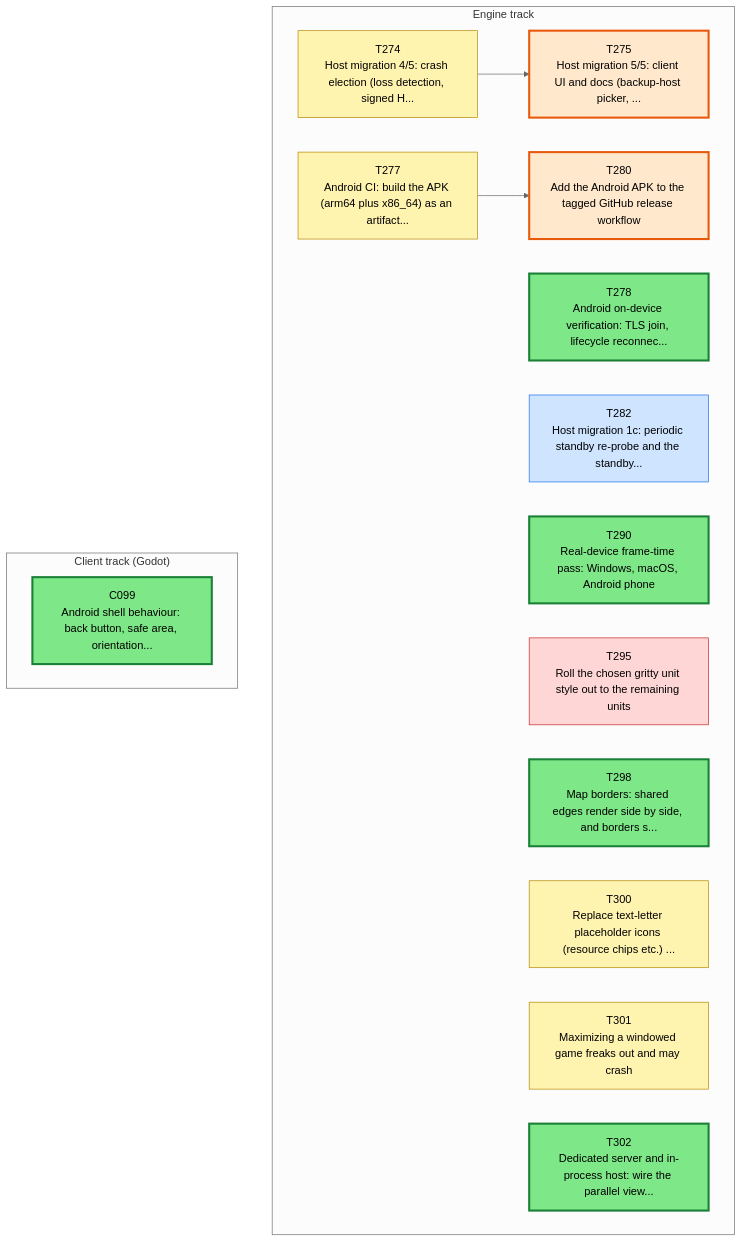
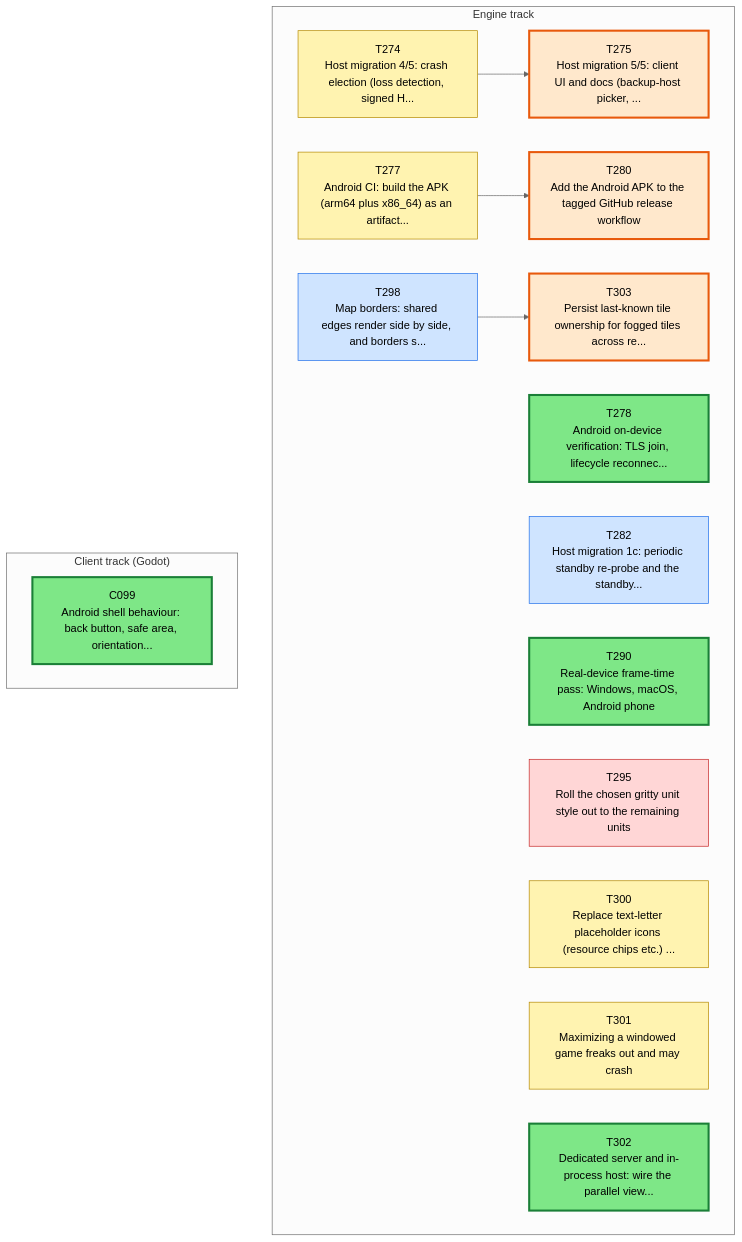
The first of 3 diagrams in csharp/migration/DEPENDENCY_MAP.md (Kenmura/Unciv), drawn with Mermaid (neutral theme) before and after one commit. The commit also changed other lines of this file, not shown here.

````diff
--- a/csharp/migration/DEPENDENCY_MAP.md
+++ b/csharp/migration/DEPENDENCY_MAP.md
@@ -35,42 +35,45 @@
 ```mermaid
 flowchart TD
   subgraph TTRACK["Engine track"]
     T274["T274<br/>Host migration 4/5: crash election (loss detection, signed H..."]
     T275["T275<br/>Host migration 5/5: client UI and docs (backup-host picker, ..."]
     T277["T277<br/>Android CI: build the APK (arm64 plus x86_64) as an artifact..."]
     T278["T278<br/>Android on-device verification: TLS join, lifecycle reconnec..."]
     T280["T280<br/>Add the Android APK to the tagged GitHub release workflow"]
     T282["T282<br/>Host migration 1c: periodic standby re-probe and the standby..."]
     T290["T290<br/>Real-device frame-time pass: Windows, macOS, Android phone"]
     T295["T295<br/>Roll the chosen gritty unit style out to the remaining units"]
     T298["T298<br/>Map borders: shared edges render side by side, and borders s..."]
     T300["T300<br/>Replace text-letter placeholder icons (resource chips etc.) ..."]
     T301["T301<br/>Maximizing a windowed game freaks out and may crash"]
     T302["T302<br/>Dedicated server and in-process host: wire the parallel view..."]
+    T303["T303<br/>Persist last-known tile ownership for fogged tiles across re..."]
   end
   subgraph CTRACK["Client track (Godot)"]
     C099["C099<br/>Android shell behaviour: back button, safe area, orientation..."]
   end
   T274 --> T275
   T277 --> T280
+  T298 --> T303
   classDef waiting fill:#f3faf3,stroke:#9bc49b,color:#555,stroke-dasharray:2 2
   classDef ondeck fill:#ffe8cc,stroke:#e8590c,stroke-width:3px,color:#000
   classDef ready fill:#7ee787,stroke:#1a7f37,stroke-width:3px,color:#000
   classDef prog fill:#fff3b0,stroke:#b58900,color:#000
   classDef review fill:#cfe4ff,stroke:#1f6feb,color:#000
   classDef blocked fill:#ffd6d6,stroke:#c62828,color:#000
   classDef done fill:#eeeeee,stroke:#999999,color:#666,stroke-dasharray:4 3
   class C099 ready
   class T274 prog
   class T275 ondeck
   class T277 prog
   class T278 ready
   class T280 ondeck
   class T282 review
   class T290 ready
   class T295 blocked
-  class T298 ready
+  class T298 review
   class T300 prog
   class T301 prog
   class T302 ready
+  class T303 ondeck
 ```
````
